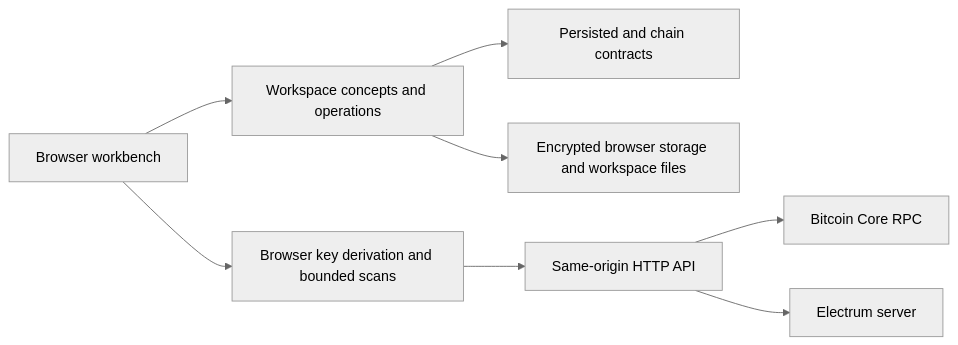
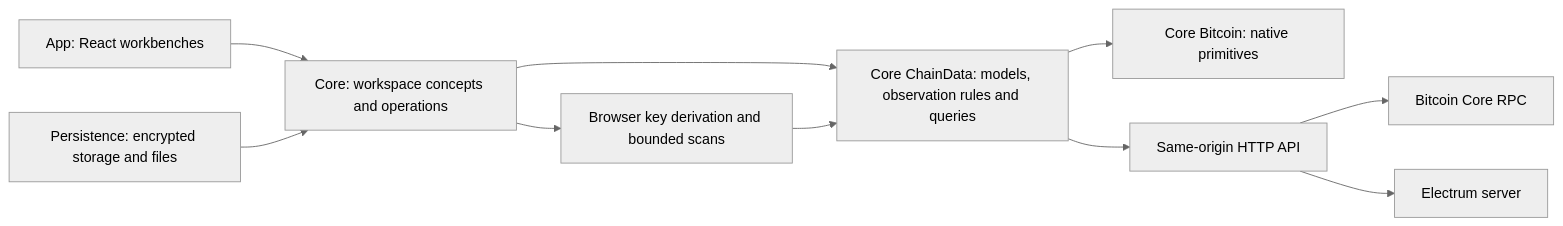
One commit to remcoros/chaingraph changed the diagram in docs/architecture.md. Above: the diagram before and after it, drawn with Mermaid (neutral theme). The commit also changed other lines of this file and 526 other files, not shown here.

First line of the commit message:
Refactor workspace capabilities into concept-owned Core modules

````diff
--- a/docs/architecture.md
+++ b/docs/architecture.md
@@ -8,10 +8,12 @@
 ```mermaid
 flowchart LR
-  UI[Browser workbench] --> App[Workspace concepts and operations]
-  App --> Domain[Persisted and chain contracts]
-  App --> Vault[Encrypted browser storage and workspace files]
-  UI --> Scan[Browser key derivation and bounded scans]
-  Scan --> API[Same-origin HTTP API]
+  UI[App: React workbenches] --> Runtime[Core: workspace concepts and operations]
+  Runtime --> ChainData[Core ChainData: models, observation rules and queries]
+  ChainData --> Bitcoin[Core Bitcoin: native primitives]
+  Vault[Persistence: encrypted storage and files] --> Runtime
+  Runtime --> Scan[Browser key derivation and bounded scans]
+  Scan --> ChainData
+  ChainData --> API[Same-origin HTTP API]
   API --> Core[Bitcoin Core RPC]
   API --> Fulcrum[Electrum server]
 ```
````
